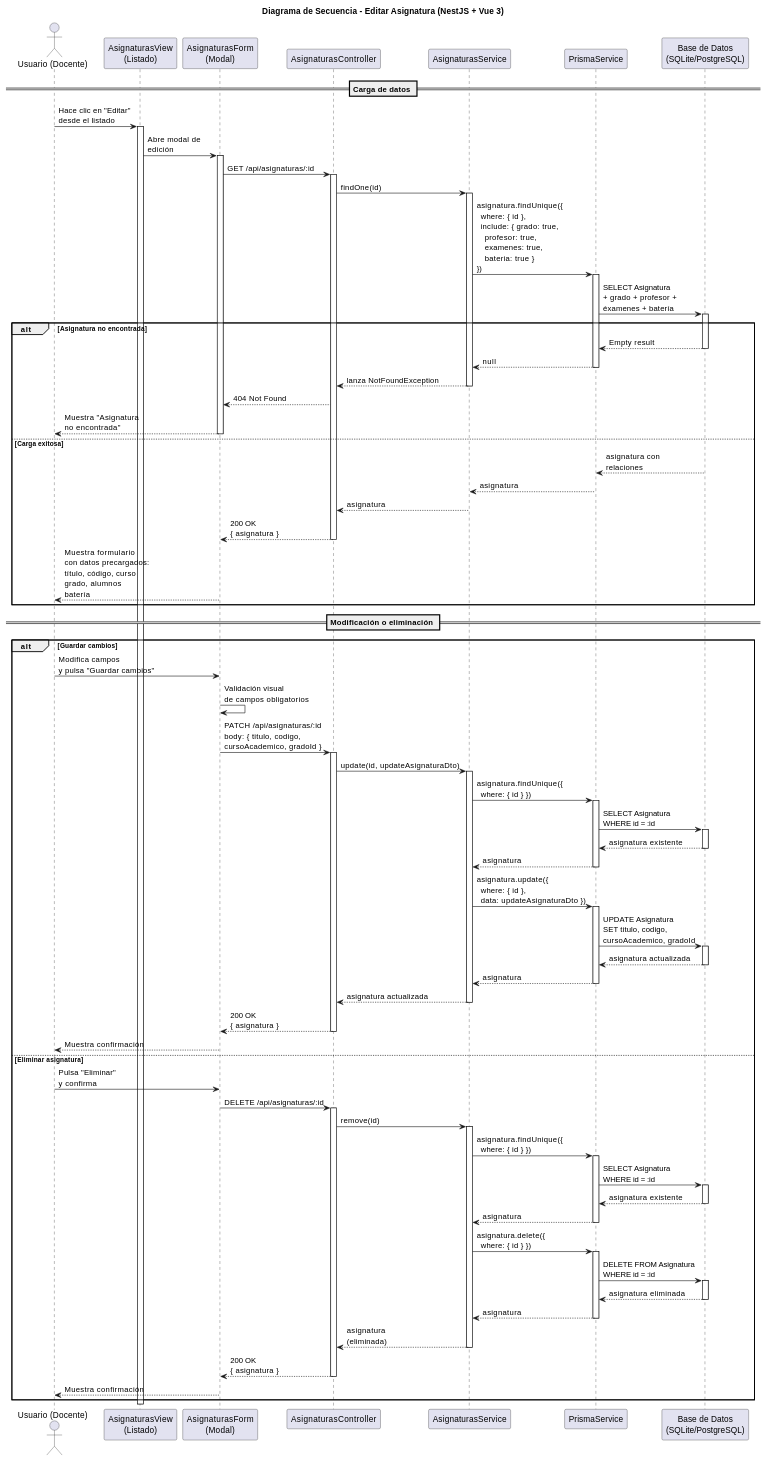
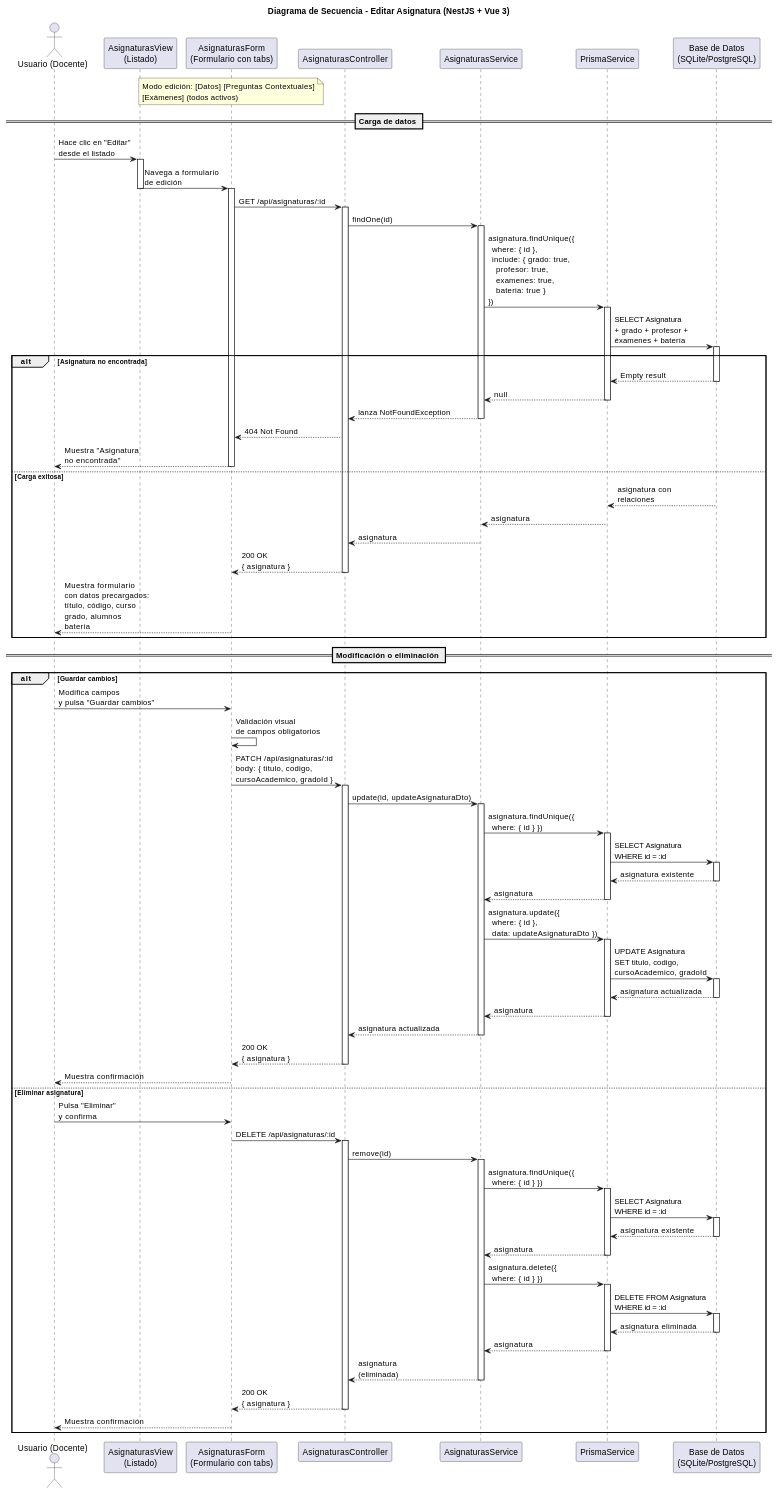
The diagram in documents/diseño/editarAsignatura/README.md (marcosgutierrez6/25-26-idsw2-sdVC), drawn with PlantUML before and after one commit. The commit also changed other lines of this file and 14 other files, not shown here.

````diff
--- a/documents/diseño/editarAsignatura/README.md
+++ b/documents/diseño/editarAsignatura/README.md
@@ -33,18 +33,21 @@
 
 actor "Usuario (Docente)" as User
 participant "AsignaturasView\n(Listado)" as List
-participant "AsignaturasForm\n(Modal)" as Form
+participant "AsignaturasForm\n(Formulario con tabs)" as Form
 participant "AsignaturasController" as Controller
 participant "AsignaturasService" as Service
 participant "PrismaService" as Prisma
 participant "Base de Datos\n(SQLite/PostgreSQL)" as DB
+
+note over Form : Modo edición: [Datos] [Preguntas Contextuales]\n[Exámenes] (todos activos)
 
 == Carga de datos ==
 
 User -> List: Hace clic en "Editar"\ndesde el listado
 activate List
 
-List -> Form: Abre modal de\nedición
+List -> Form: Navega a formulario\nde edición
+deactivate List
 activate Form
 
 Form -> Controller: GET /api/asignaturas/:id
@@ -148,7 +151,6 @@
 end
 
 deactivate Form
-deactivate List
 
 @enduml
 ```
````
